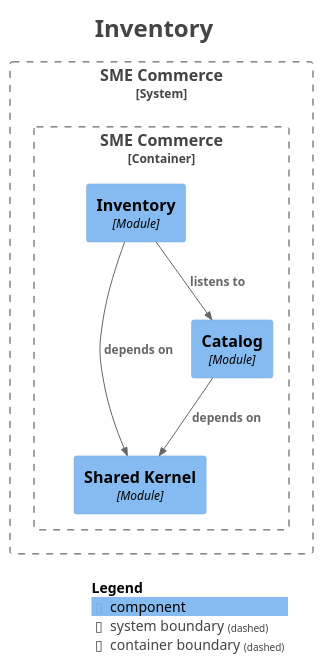
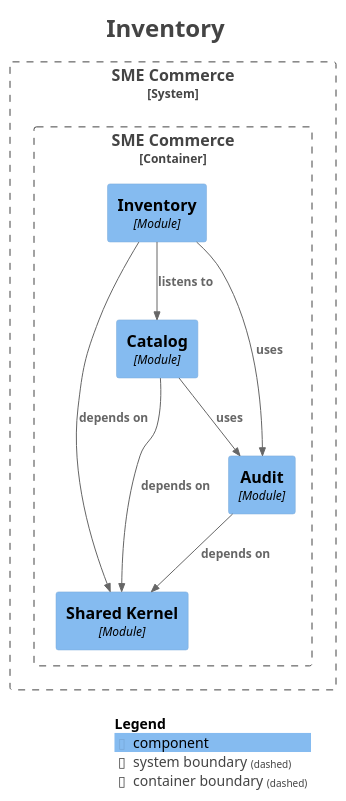
One commit to hezronokwach/sme-commerce-platform changed the diagram in docs/modules/module-inventory.puml. Above: the diagram before and after it, drawn with PlantUML. The commit also changed 19 other files, not shown here.

```diff
--- a/docs/modules/module-inventory.puml
+++ b/docs/modules/module-inventory.puml
@@ -1,33 +1,37 @@
 @startuml
 title <size:24>Inventory</size>
 
 set separator none
 top to bottom direction
 
 <style>
   root {
     BackgroundColor: #ffffff
     FontColor: #444444
   }
 </style>
 
 !include <C4/C4>
 !include <C4/C4_Context>
 !include <C4/C4_Component>
 
 System_Boundary("SMECommerce_boundary", "SME Commerce", $tags="") {
   Container_Boundary("SMECommerce.SMECommerce_boundary", "SME Commerce", $tags="") {
     Component(SMECommerce.SMECommerce.Inventory, "Inventory", $techn="Module", $descr="", $tags="", $link="")
     Component(SMECommerce.SMECommerce.SharedKernel, "Shared Kernel", $techn="Module", $descr="", $tags="", $link="")
+    Component(SMECommerce.SMECommerce.Audit, "Audit", $techn="Module", $descr="", $tags="", $link="")
     Component(SMECommerce.SMECommerce.Catalog, "Catalog", $techn="Module", $descr="", $tags="", $link="")
   }
 
 }
 
-Rel(SMECommerce.SMECommerce.Catalog, SMECommerce.SMECommerce.SharedKernel, "depends on", $techn="", $tags="", $link="")
+Rel(SMECommerce.SMECommerce.Audit, SMECommerce.SMECommerce.SharedKernel, "depends on", $techn="", $tags="", $link="")
 Rel(SMECommerce.SMECommerce.Inventory, SMECommerce.SMECommerce.Catalog, "listens to", $techn="", $tags="", $link="")
 Rel(SMECommerce.SMECommerce.Inventory, SMECommerce.SMECommerce.SharedKernel, "depends on", $techn="", $tags="", $link="")
+Rel(SMECommerce.SMECommerce.Inventory, SMECommerce.SMECommerce.Audit, "uses", $techn="", $tags="", $link="")
+Rel(SMECommerce.SMECommerce.Catalog, SMECommerce.SMECommerce.SharedKernel, "depends on", $techn="", $tags="", $link="")
+Rel(SMECommerce.SMECommerce.Catalog, SMECommerce.SMECommerce.Audit, "uses", $techn="", $tags="", $link="")
 
 SHOW_LEGEND(true)
 hide stereotypes
 @enduml
```
